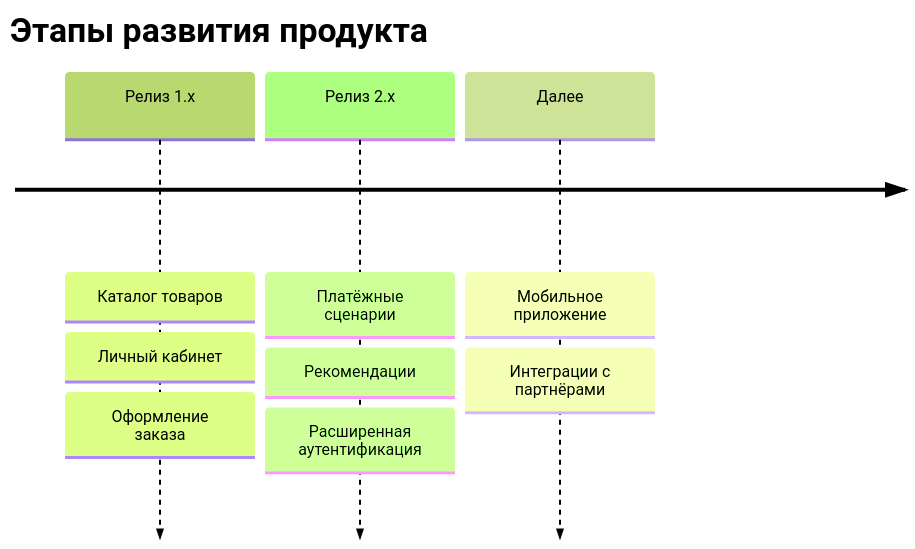
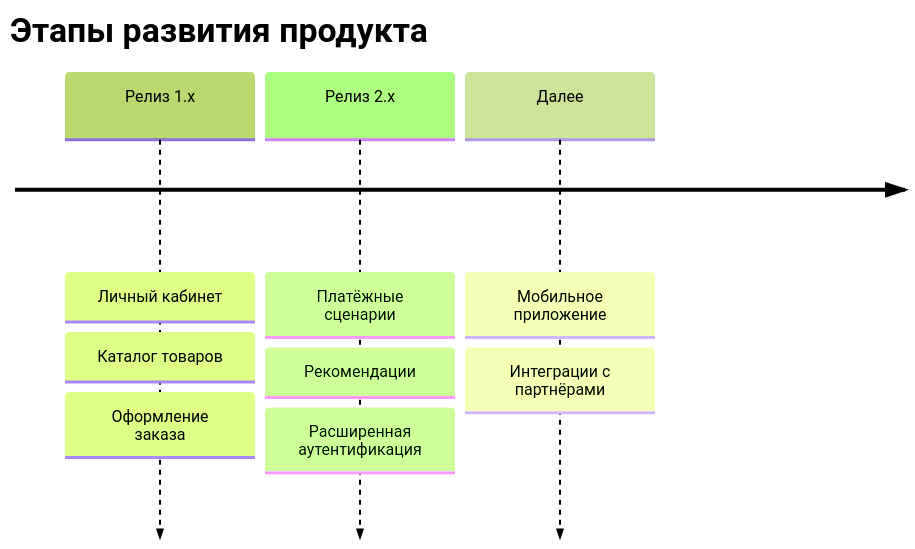
The diagram in docs/project/roadmap.md (DmitryKhilko/example-app-requirements), drawn with Mermaid (forest theme) before and after one commit.

Commit message:
Доработка текста

````diff
--- a/docs/project/roadmap.md
+++ b/docs/project/roadmap.md
@@ -27,7 +27,7 @@
 ```mermaid
 timeline
     title Этапы развития продукта
-    Релиз 1.x : Каталог товаров : Личный кабинет : Оформление заказа
+    Релиз 1.x : Личный кабинет : Каталог товаров : Оформление заказа
     Релиз 2.x : Платёжные сценарии : Рекомендации : Расширенная аутентификация
     Далее : Мобильное приложение : Интеграции с партнёрами
 ```
````
